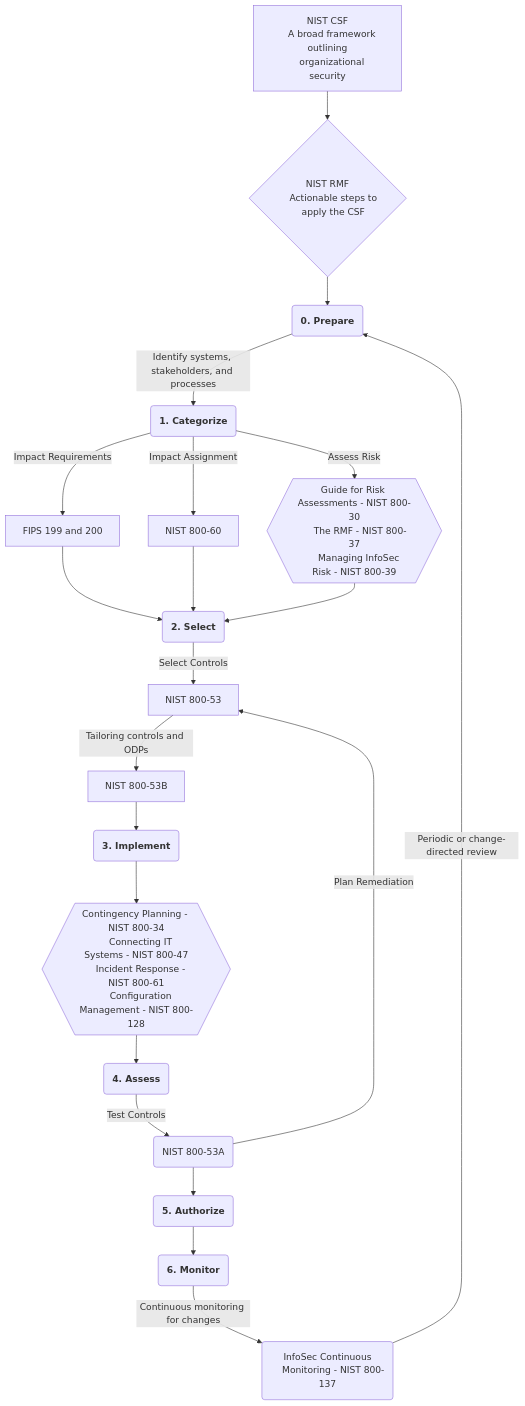
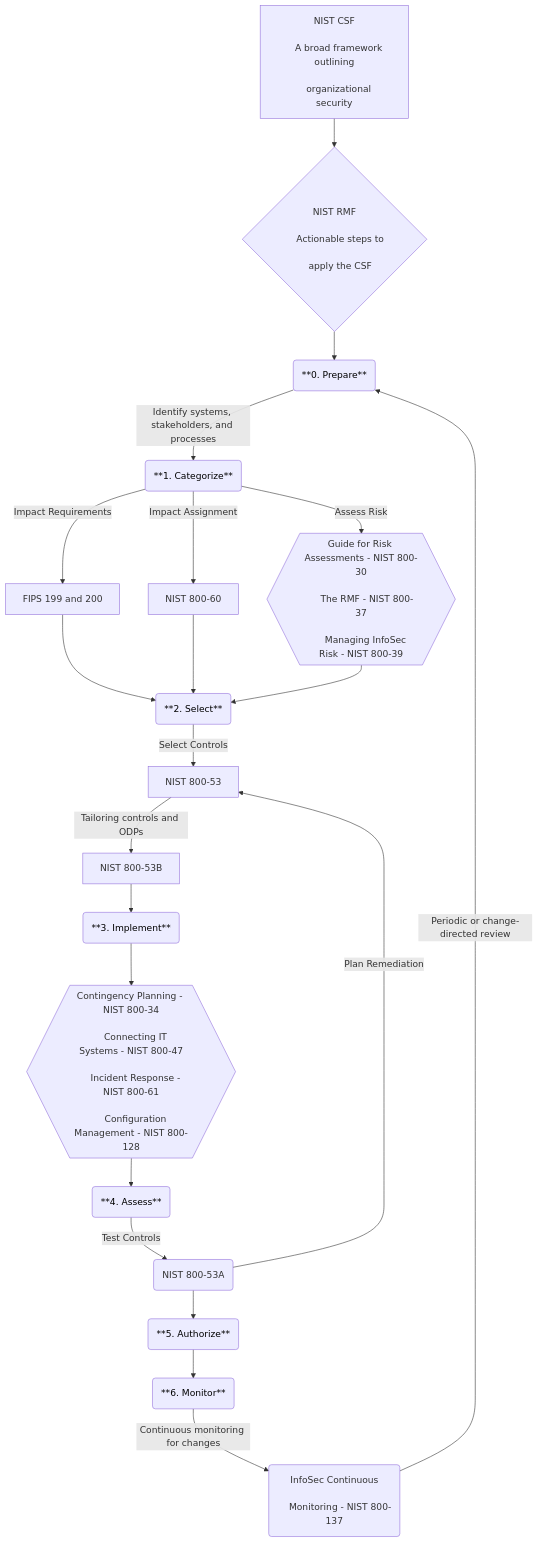
Before and after one commit to WiseGuru/MaxwellCTI: the diagram in src/site/notes/Frameworks, Standards, and Regulations/NIST/Mermaid - NIST CSF.md, drawn with Mermaid.

Commit message:
Update content src/site/notes/Frameworks, Standards, and Regulations/NIST/Mermaid - NIST CSF.md

````diff
--- a/src/site/notes/Frameworks, Standards, and Regulations/NIST/Mermaid - NIST CSF.md
+++ b/src/site/notes/Frameworks, Standards, and Regulations/NIST/Mermaid - NIST CSF.md
@@ -7,37 +7,79 @@
 ```mermaid
 flowchart TD
-    A["NIST CSF
+
+A["NIST CSF
+
     A broad framework outlining
+
     organizational security"] --> B{"NIST RMF
+
     Actionable steps to
+
     apply the CSF"}
+
+B --> Z("**0. Prepare**")
+
+Z -- Identify systems, stakeholders, and processes --> C("**1. Categorize**")
+
+C -- Impact Requirements --> D["FIPS 199 and 200"]
+
+C -- Impact Assignment --> E["NIST 800-60"]
+
+C -- Assess Risk --> P{{"Guide for Risk Assessments - NIST 800-30
+
+    The RMF - NIST 800-37
+
+    Managing InfoSec Risk - NIST 800-39"}}
+
+D --> F("**2. Select**")
+
+E --> F
+
+P --> F
+
+F -- Select Controls --> G["NIST 800-53"]
+
+G -- Tailoring controls and ODPs --> S["NIST 800-53B"]
+
+S --> H("**3. Implement**")
+
+H --> I{{"Contingency Planning - NIST 800-34
+
+    Connecting IT Systems - NIST 800-47
+
+    Incident Response - NIST 800-61
+
+    Configuration Management - NIST 800-128"}}
+
+I --> M("**4. Assess**")
+
+M -- Test Controls --> R("NIST 800-53A")
+
+R -- Plan Remediation --> G
+
+R --> N("**5. Authorize**")
+
+N --> O("**6. Monitor**")
+
+O -- Continuous monitoring for changes --> Q("InfoSec Continuous
+
+    Monitoring - NIST 800-137")
+
+Q -- "Periodic or change-directed review" --> Z
+
   
-    B --> Z("`**0. Prepare**`")
-  
-    Z --> |Identify systems, stakeholders, and processes| C("`**1. Categorize**`")
-    C --> |Impact Requirements| D[FIPS 199 and 200]
-    C --> |Impact Assignment| E[NIST 800-60]
-    C --> |Assess Risk| P{{"Guide for Risk Assessments - NIST 800-30
-    The RMF - NIST 800-37
-    Managing InfoSec Risk - NIST 800-39"}}
-  
-    D & E & P --> F("`**2. Select**`")
-    F --> |Select Controls| G[NIST 800-53]
-    G --> |Tailoring controls and ODPs| S[NIST 800-53B]
-  
-    S --> H("`**3. Implement**`")
-    H --> I{{"Contingency Planning - NIST 800-34
-    Connecting IT Systems - NIST 800-47
-    Incident Response - NIST 800-61
-    Configuration Management - NIST 800-128"}}
-  
-    I --> M("`**4. Assess**`")
-    M --> |Test Controls| R("NIST 800-53A")
-    R --> |Plan Remediation| G
- 
-    R --> N("`**5. Authorize**`")
-    N --> O("`**6. Monitor**`")
-    O --> |Continuous monitoring for changes| Q("InfoSec Continuous
-    Monitoring - NIST 800-137")
-    Q --> |Periodic or change-directed review| Z
+
+style Z color:#000000
+
+style C color:#000000
+
+style F color:#000000
+
+style H color:#000000
+
+style M color:#000000
+
+style N color:#000000
+
+style O color:#000000
 ```
````
